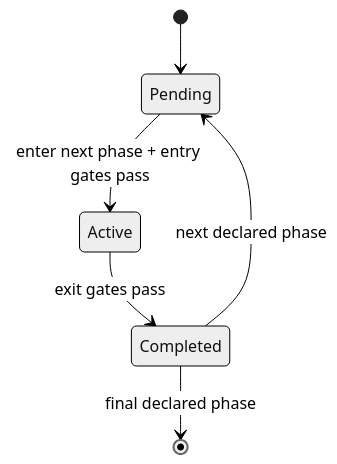
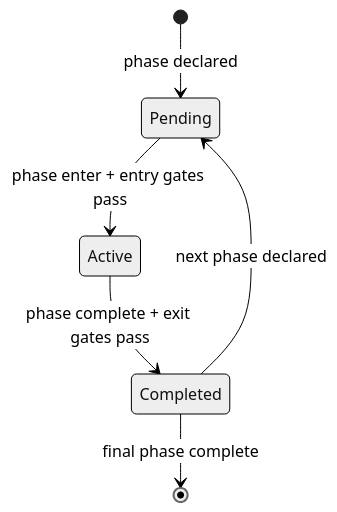
One commit to DecapodLabs/decapod changed the fifth of 7 diagrams in .decapod/generated/specs/SEMANTICS.md. Above: the diagram before and after it, drawn with Mermaid (neutral theme). The commit also changed other lines of this file and 9 other files, not shown here.

First line of the commit message:
fix: correct init_config_behavior test and update specs for phase gates

````diff
--- a/.decapod/generated/specs/SEMANTICS.md
+++ b/.decapod/generated/specs/SEMANTICS.md
@@ -53,8 +63,8 @@
 ```mermaid
 stateDiagram-v2
-  [*] --> Pending
-  Pending --> Active: enter next phase + entry gates pass
-  Active --> Completed: exit gates pass
-  Completed --> Pending: next declared phase
-  Completed --> [*]: final declared phase
+    [*] --> Pending: phase declared
+    Pending --> Active: phase enter + entry gates pass
+    Active --> Completed: phase complete + exit gates pass
+    Completed --> Pending: next phase declared
+    Completed --> [*]: final phase complete
 ```
````
